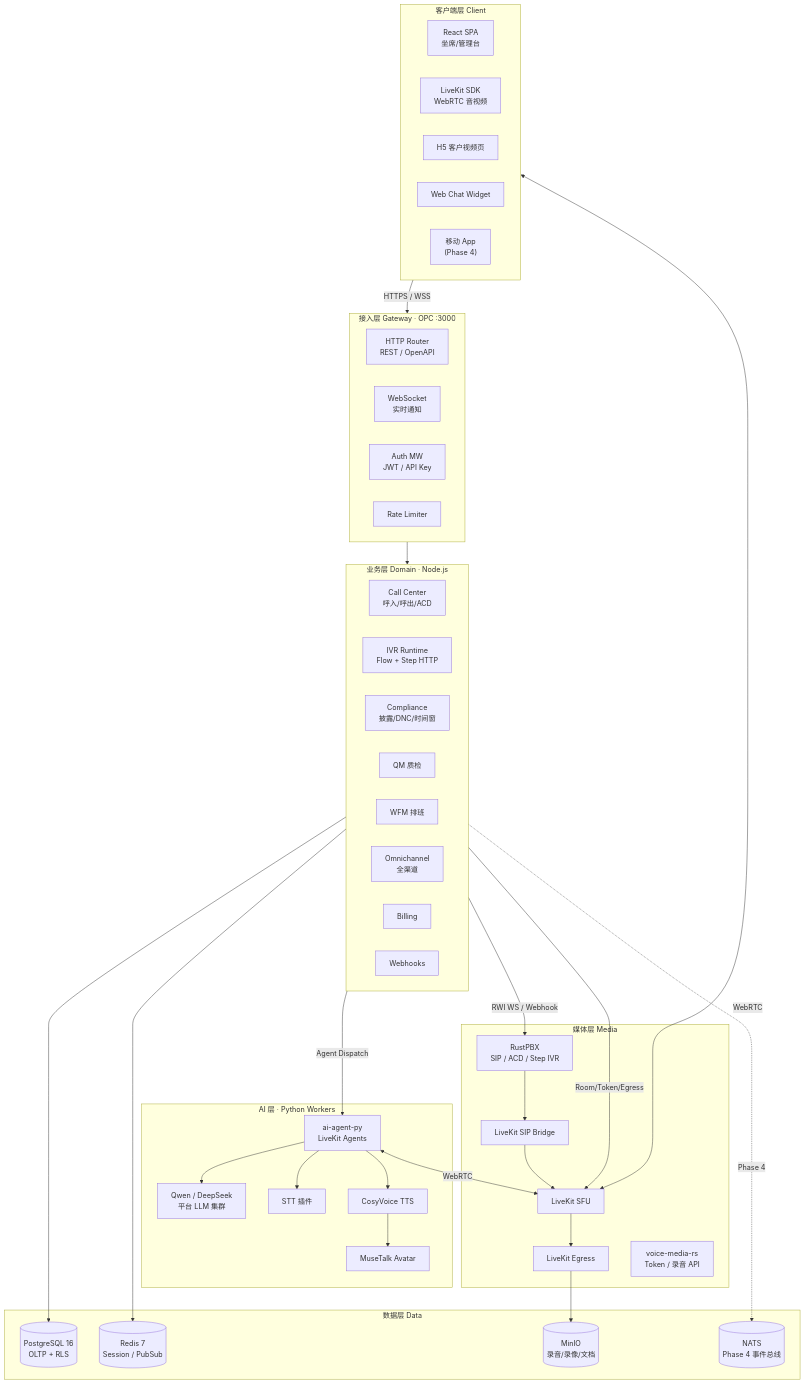
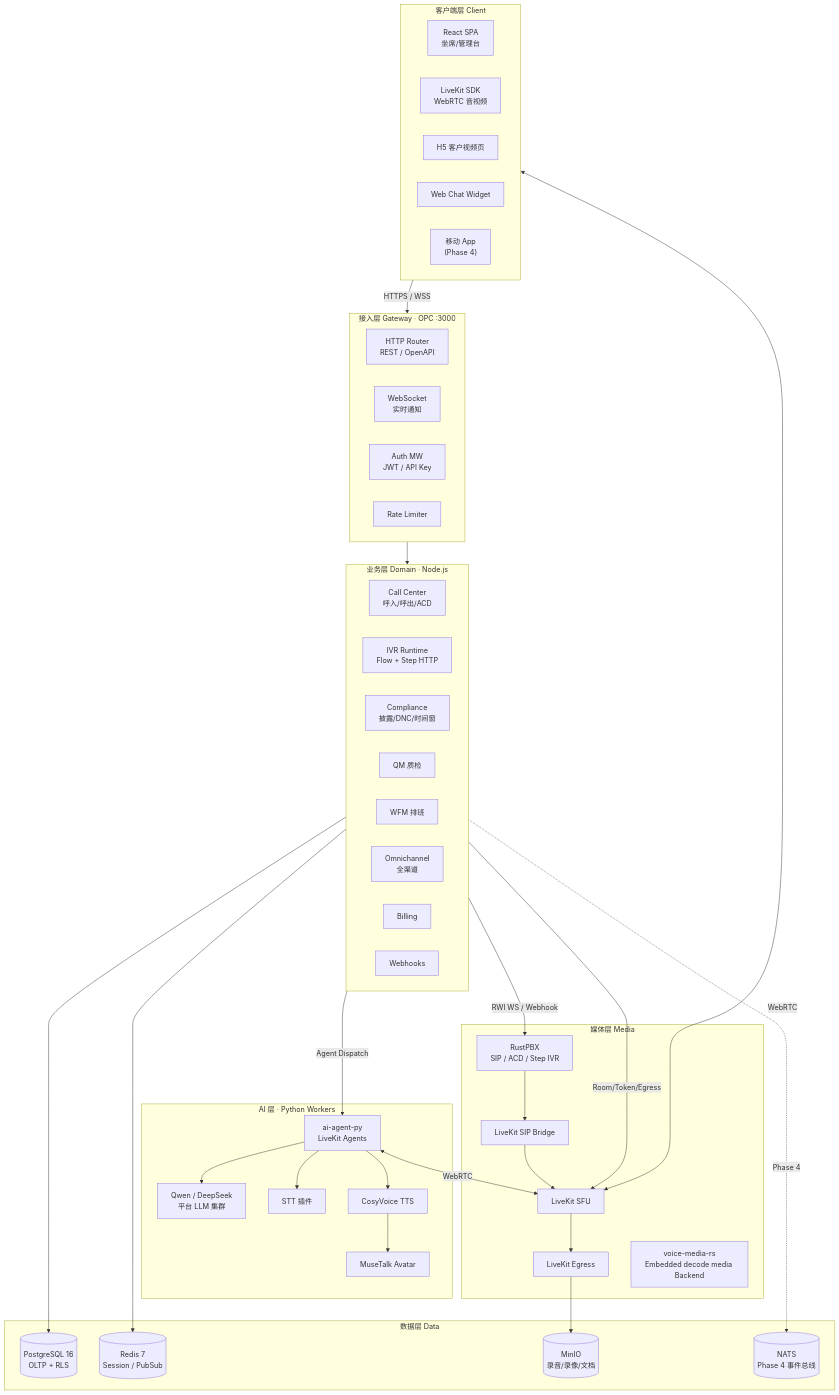
One commit to songgoldenwind-crypto/converact-platform changed the third of 16 diagrams in docs/design/super-contact-center-platform-vision.md. Above: the diagram before and after it, drawn with Mermaid. The commit also changed other lines of this file and 40 other files, not shown here.

````diff
--- a/docs/design/super-contact-center-platform-vision.md
+++ b/docs/design/super-contact-center-platform-vision.md
@@ -651,66 +652,66 @@
 ```mermaid
 flowchart TB
   subgraph Client["客户端层 Client"]
     SPA["React SPA<br/>坐席/管理台"]
     LK_SDK["LiveKit SDK<br/>WebRTC 音视频"]
     H5["H5 客户视频页"]
     Widget["Web Chat Widget"]
     Mobile["移动 App<br/>(Phase 4)"]
   end
 
   subgraph Gateway["接入层 Gateway · OPC :3000"]
     HTTP["HTTP Router<br/>REST / OpenAPI"]
     WS["WebSocket<br/>实时通知"]
     Auth["Auth MW<br/>JWT / API Key"]
     RL["Rate Limiter"]
   end
 
   subgraph Domain["业务层 Domain · Node.js"]
     CC["Call Center<br/>呼入/呼出/ACD"]
     IVR["IVR Runtime<br/>Flow + Step HTTP"]
     COMP["Compliance<br/>披露/DNC/时间窗"]
     QM["QM 质检"]
     WFM["WFM 排班"]
     OMNI["Omnichannel<br/>全渠道"]
     BILL["Billing"]
     WH["Webhooks"]
   end
 
   subgraph AI["AI 层 · Python Workers"]
     AGT["ai-agent-py<br/>LiveKit Agents"]
     LLM["Qwen / DeepSeek<br/>平台 LLM 集群"]
     STT["STT 插件"]
     TTS["CosyVoice TTS"]
     AV["MuseTalk Avatar"]
   end
 
   subgraph Media["媒体层 Media"]
     RPBX["RustPBX<br/>SIP / ACD / Step IVR"]
     LK["LiveKit SFU"]
     SIPB["LiveKit SIP Bridge"]
     EGR["LiveKit Egress"]
-    VMR["voice-media-rs<br/>Token / 录音 API"]
+    VMR["voice-media-rs<br/>Embedded decode media Backend"]
   end
 
   subgraph Data["数据层 Data"]
     PG[("PostgreSQL 16<br/>OLTP + RLS")]
     RD[("Redis 7<br/>Session / PubSub")]
     S3[("MinIO<br/>录音/录像/文档")]
     NATS[("NATS<br/>Phase 4 事件总线")]
   end
 
   Client -->|HTTPS / WSS| Gateway
   Gateway --> Domain
   Domain --> PG
   Domain --> RD
   Domain -->|Agent Dispatch| AGT
   Domain -->|RWI WS / Webhook| RPBX
   Domain -->|Room/Token/Egress| LK
   AGT --> LLM & STT & TTS
   TTS --> AV
   AGT <-->|WebRTC| LK
   RPBX --> SIPB --> LK
   LK --> EGR --> S3
   Client <-->|WebRTC| LK
   Domain -.->|Phase 4| NATS
 ```
````
